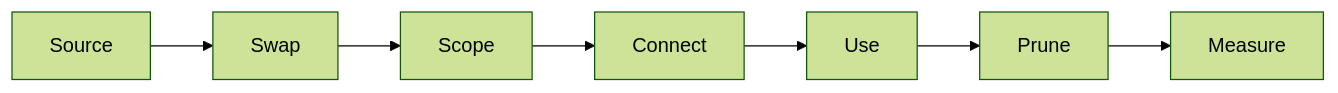
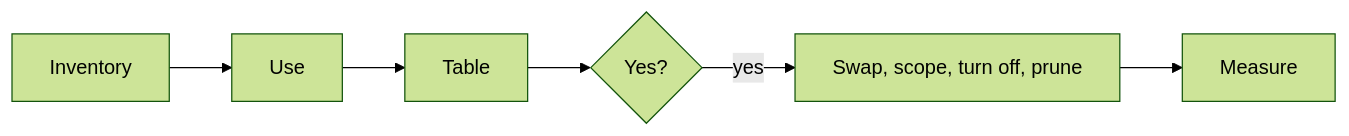
Before and after one commit to Colorado-Startups/claudius: the diagram in plugin/skills/equip/SKILL.md, drawn with Mermaid (forest theme). The commit also changed other lines of this file and 25 other files, not shown here.

````diff
--- a/plugin/skills/equip/SKILL.md
+++ b/plugin/skills/equip/SKILL.md
@@ -10,4 +15,4 @@
 ```mermaid
 flowchart LR
-  S[Source] --> W[Swap] --> P[Scope] --> C[Connect] --> U[Use] --> X[Prune] --> M[Measure]
+  I[Inventory] --> U[Use] --> T[Table] --> Y{Yes?} -->|yes| A[Swap, scope, turn off, prune] --> M[Measure]
 ```
````
